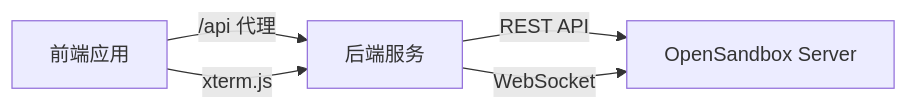
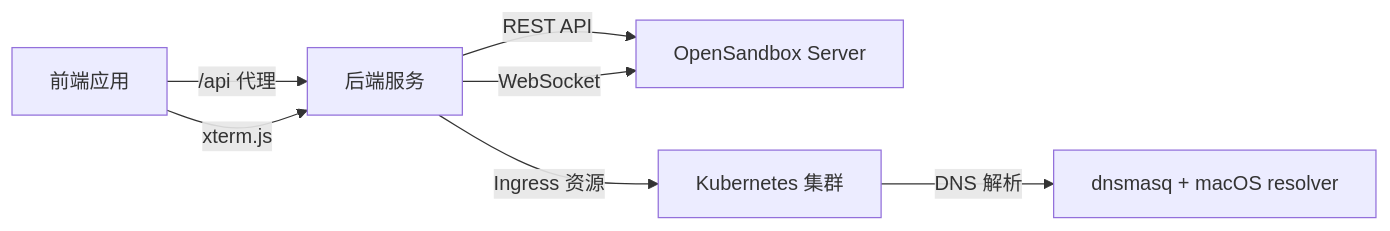
One commit to RabbitAI-Lab/Sandbox-Manager changed diagram 13 of 13 in .qoder/repowiki/zh/content/系统架构设计/整体架构概览.md. Above: the diagram before and after it, drawn with Mermaid. The commit also changed other lines of this file and 11 other files, not shown here.

````diff
--- a/.qoder/repowiki/zh/content/系统架构设计/整体架构概览.md
+++ b/.qoder/repowiki/zh/content/系统架构设计/整体架构概览.md
@@ -253,7 +482,9 @@
 ```mermaid
 graph LR
 FE["前端应用"] -- "/api 代理" --> BE["后端服务"]
 BE -- "REST API" --> OSB["OpenSandbox Server"]
 BE -- "WebSocket" --> OSB
 FE -- "xterm.js" --> BE
+BE -- "Ingress 资源" --> K8S["Kubernetes 集群"]
+K8S -- "DNS 解析" --> DNS["dnsmasq + macOS resolver"]
 ```
````
